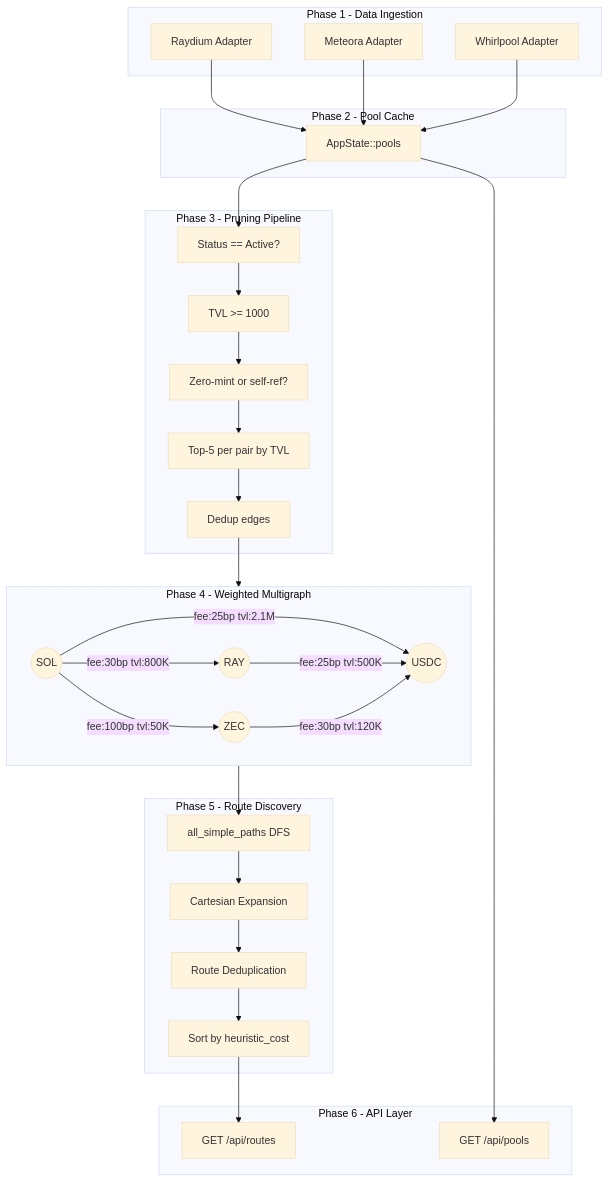
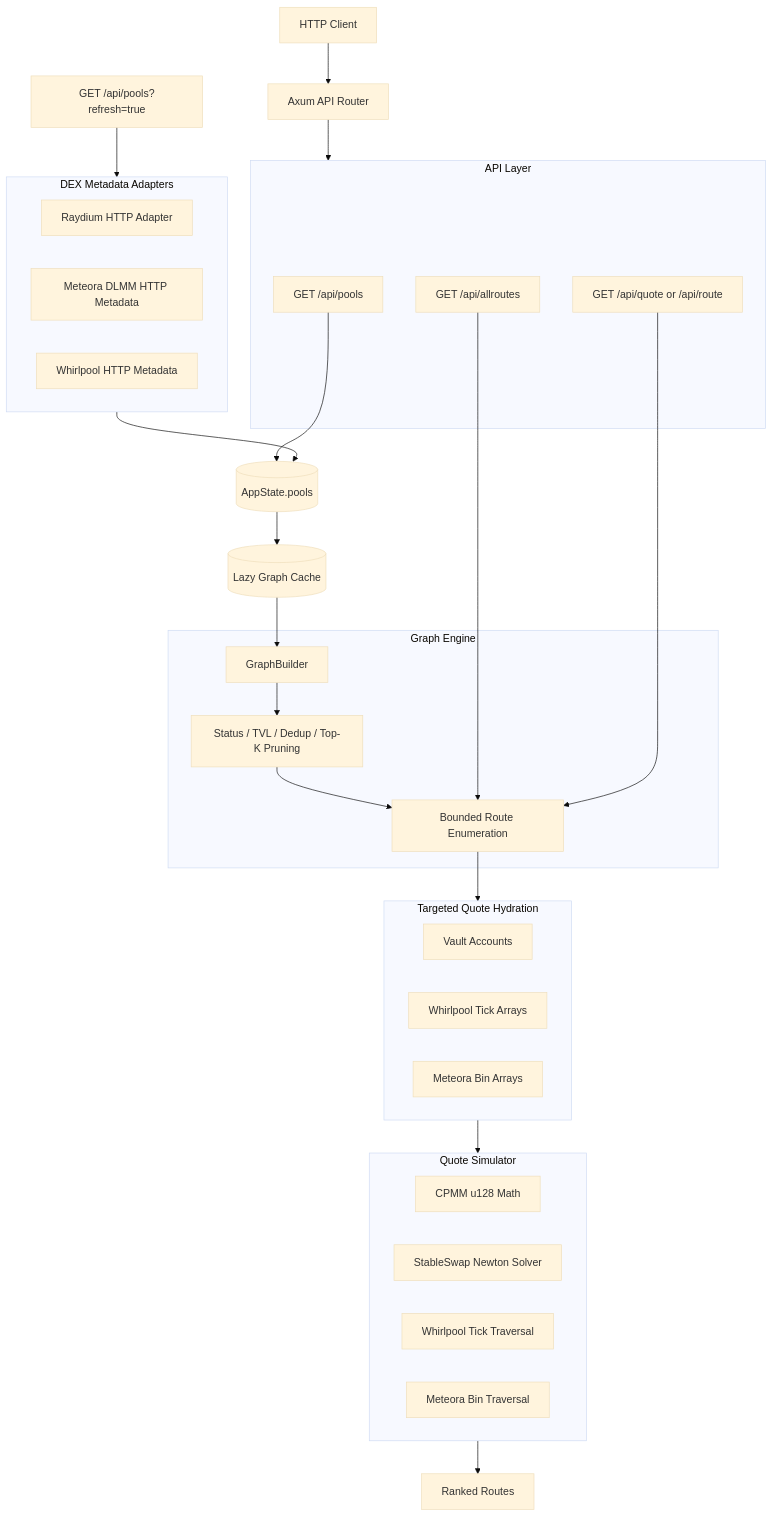
One commit to Shivam-Prajapati-59/Swexa changed the first of 2 diagrams in Readme.md. Above: the diagram before and after it, drawn with Mermaid (base theme). The commit also changed other lines of this file and 16 other files, not shown here.

Commit message:
refactor: overhaul backend architecture with service-oriented modularization and quote simulation capabilities

````diff
--- a/Readme.md
+++ b/Readme.md
@@ -7,59 +16,49 @@
 ```mermaid
 flowchart TB
-    subgraph Adapters[Phase 1 - Data Ingestion]
-        RAY[Raydium Adapter]
-        MET[Meteora Adapter]
-        WHP[Whirlpool Adapter]
+    Client[HTTP Client] --> API[Axum API Router]
+
+    subgraph APIGroup[API Layer]
+        Pools[GET /api/pools]
+        AllRoutes[GET /api/allroutes]
+        Quote[GET /api/quote or /api/route]
     end
 
-    subgraph Cache[Phase 2 - Pool Cache]
-        POOLS[AppState::pools]
+    API --> APIGroup
+
+    Pools --> PoolCache
+
+    Refresh[GET /api/pools?refresh=true] --> Adapters
+
+    subgraph Adapters[DEX Metadata Adapters]
+        Raydium[Raydium HTTP Adapter]
+        Meteora[Meteora DLMM HTTP Metadata]
+        Whirlpool[Whirlpool HTTP Metadata]
     end
 
-    subgraph Pruning[Phase 3 - Pruning Pipeline]
-        F1[Status == Active?]
-        F2[TVL >= 1000]
-        F3[Zero-mint or self-ref?]
-        F4[Top-5 per pair by TVL]
-        F5[Dedup edges]
+    Adapters --> PoolCache[(AppState.pools)]
+    PoolCache --> GraphCache[(Lazy Graph Cache)]
+
+    subgraph Graph[Graph Engine]
+        Builder[GraphBuilder]
+        Prune[Status / TVL / Dedup / Top-K Pruning]
+        Paths[Bounded Route Enumeration]
     end
 
-    subgraph Graph[Phase 4 - Weighted Multigraph]
-        direction LR
-        SOL((SOL))
-        USDC((USDC))
-        RAY_T((RAY))
-        ZEC((ZEC))
+    GraphCache --> Builder --> Prune --> Paths
+    AllRoutes --> Paths
 
-        SOL -- fee:25bp tvl:2.1M --> USDC
-        SOL -- fee:30bp tvl:800K --> RAY_T
-        RAY_T -- fee:25bp tvl:500K --> USDC
-        SOL -- fee:100bp tvl:50K --> ZEC
-        ZEC -- fee:30bp tvl:120K --> USDC
+    subgraph Hydration[Targeted Quote Hydration]
+        Vaults[Vault Accounts]
+        Ticks[Whirlpool Tick Arrays]
+        Bins[Meteora Bin Arrays]
     end
 
-    subgraph Pathfinding[Phase 5 - Route Discovery]
-        DFS[all_simple_paths DFS]
-        EXPAND[Cartesian Expansion]
-        DEDUP[Route Deduplication]
-        SORT[Sort by heuristic_cost]
+    subgraph Simulator[Quote Simulator]
+        CPMM[CPMM u128 Math]
+        Stable[StableSwap Newton Solver]
+        CLMM[Whirlpool Tick Traversal]
+        DLMM[Meteora Bin Traversal]
     end
 
-    subgraph API[Phase 6 - API Layer]
-        ROUTES[GET /api/routes]
-        POOLS_EP[GET /api/pools]
-    end
-
-    RAY --> POOLS
-    MET --> POOLS
-    WHP --> POOLS
-
-    POOLS --> F1 --> F2 --> F3 --> F4 --> F5
-
-    F5 --> Graph
-
-    Graph --> DFS --> EXPAND --> DEDUP --> SORT
-
-    SORT --> ROUTES
-    POOLS --> POOLS_EP
+    Quote --> Paths --> Hydration --> Simulator --> Ranked[Ranked Routes]
 ```
````
